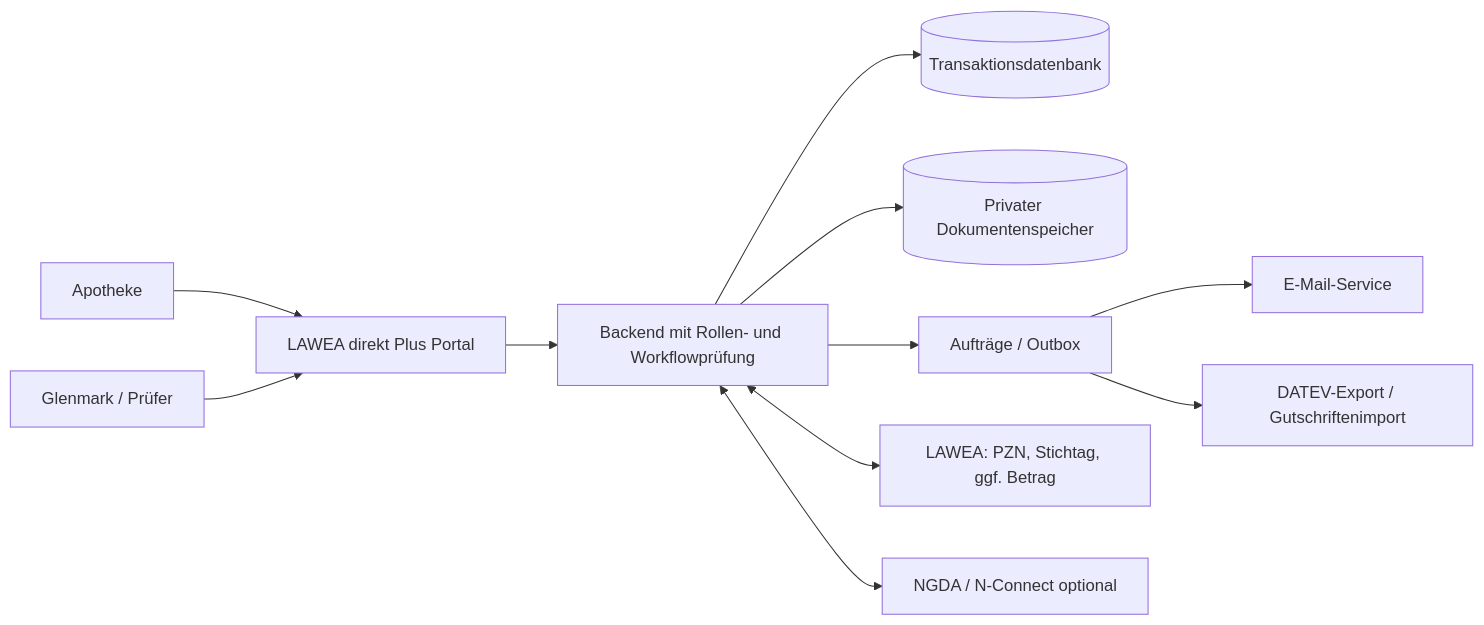
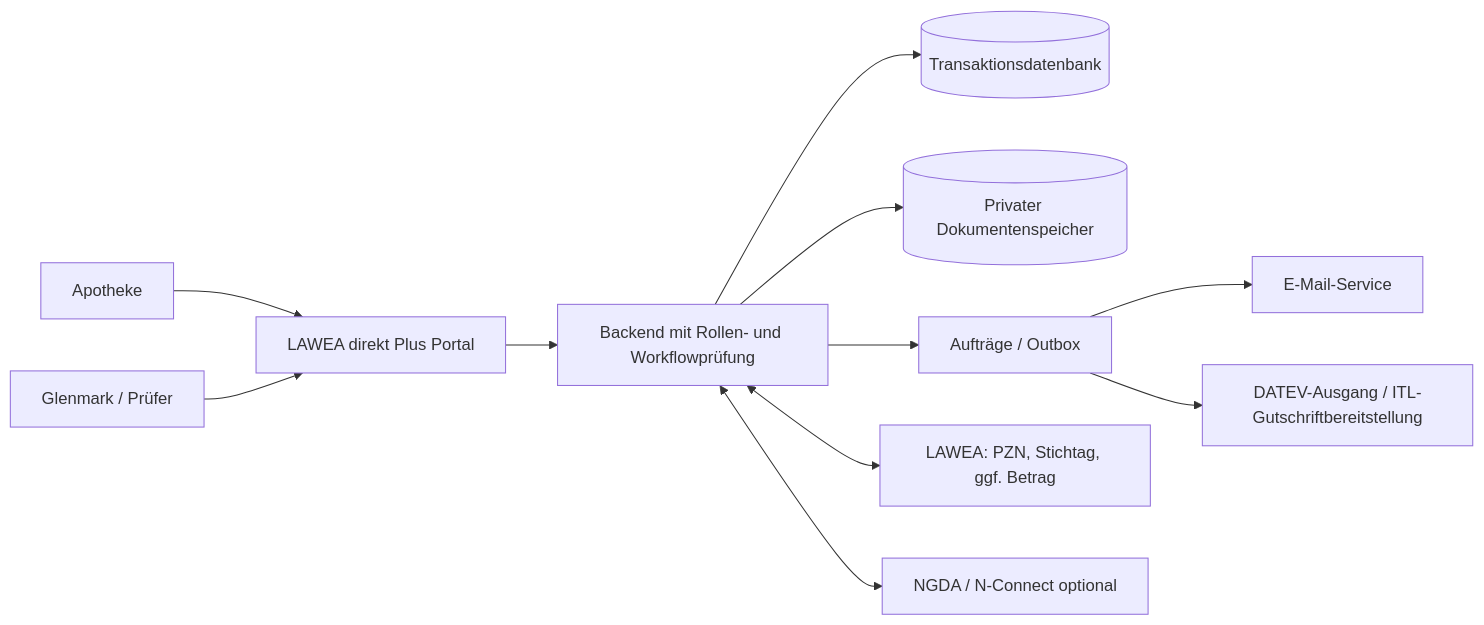
One commit to itlgmbhmarcowolf/LAWEADirectPlus changed the diagram in docs/04-technisches-konzept.md. Above: the diagram before and after it, drawn with Mermaid. The commit also changed other lines of this file and 28 other files, not shown here.

````diff
--- a/docs/04-technisches-konzept.md
+++ b/docs/04-technisches-konzept.md
@@ -9,13 +9,13 @@
 ```mermaid
 flowchart LR
   A[Apotheke] --> UI[LAWEA direkt Plus Portal]
   G[Glenmark / Prüfer] --> UI
   UI --> API[Backend mit Rollen- und Workflowprüfung]
   API --> DB[(Transaktionsdatenbank)]
   API --> DOC[(Privater Dokumentenspeicher)]
   API --> Q[Aufträge / Outbox]
   API <--> L[LAWEA: PZN, Stichtag, ggf. Betrag]
   API <--> N[NGDA / N-Connect optional]
   Q --> M[E-Mail-Service]
-  Q --> D[DATEV-Export / Gutschriftenimport]
+  Q --> D[DATEV-Ausgang / ITL-Gutschriftbereitstellung]
 ```
````
